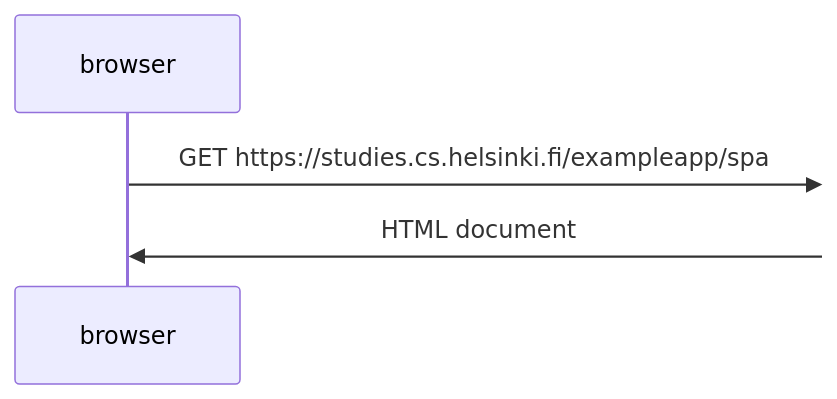
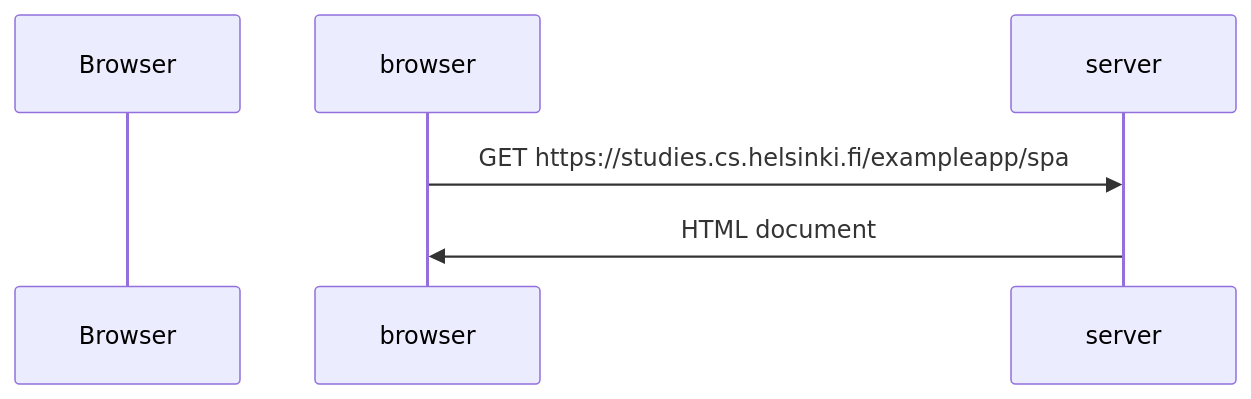
The diagram in part0/newNoteDiagram.md (Sprachenmeister/Full_Stack_Open), drawn with Mermaid before and after one commit.

````diff
--- a/part0/newNoteDiagram.md
+++ b/part0/newNoteDiagram.md
@@ -3,9 +3,9 @@
 ```mermaid
 sequenceDiagram
-    participant browser
-    participant server@{ "type" : "bundary" }
+    participant Server@{ "type" : "bundary" }
+    participant Browser
 
     browser->>server: GET https://studies.cs.helsinki.fi/exampleapp/spa 
     server->>browser: HTML document
 
 ```
````
